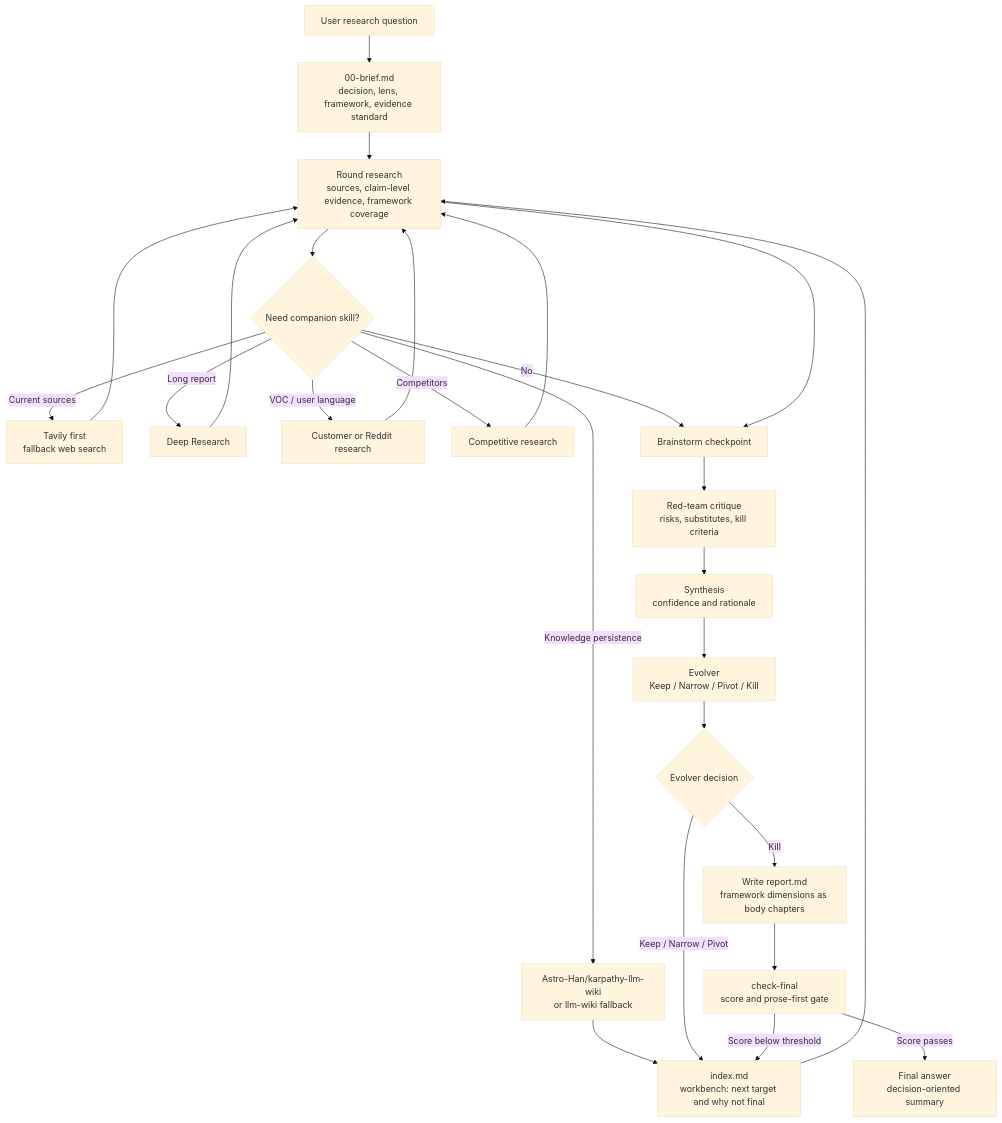
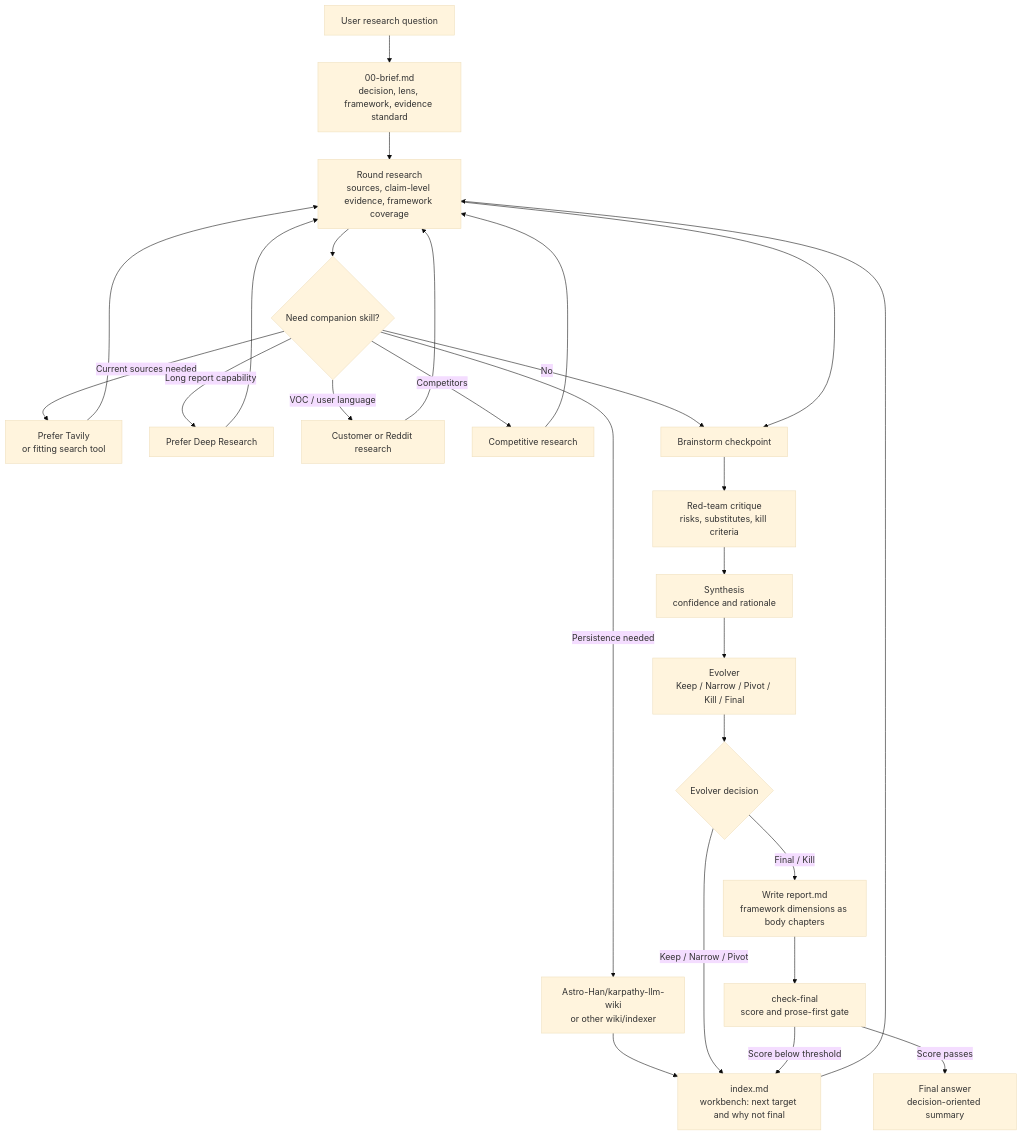
Before and after one commit to GoatGit/super-survey: the diagram in README.md, drawn with Mermaid (base theme). The commit also changed other lines of this file and 7 other files, not shown here.

````diff
--- a/README.md
+++ b/README.md
@@ -186,28 +190,28 @@
 ```mermaid
 flowchart TD
     A[User research question] --> B[00-brief.md<br/>decision, lens, framework, evidence standard]
     B --> C[Round research<br/>sources, claim-level evidence, framework coverage]
     C --> D{Need companion skill?}
-    D -->|Current sources| D1[Tavily first<br/>fallback web search]
-    D -->|Long report| D2[Deep Research]
+    D -->|Current sources needed| D1[Prefer Tavily<br/>or fitting search tool]
+    D -->|Long report capability| D2[Prefer Deep Research]
     D -->|VOC / user language| D3[Customer or Reddit research]
     D -->|Competitors| D4[Competitive research]
-    D -->|Knowledge persistence| D5[Astro-Han/karpathy-llm-wiki<br/>or llm-wiki fallback]
+    D -->|Persistence needed| D5[Astro-Han/karpathy-llm-wiki<br/>or other wiki/indexer]
     D -->|No| E[Brainstorm checkpoint]
     D1 --> C
     D2 --> C
     D3 --> C
     D4 --> C
     D5 --> I[index.md]
     C --> E[Brainstorm checkpoint]
     E --> F[Red-team critique<br/>risks, substitutes, kill criteria]
     F --> G[Synthesis<br/>confidence and rationale]
-    G --> H[Evolver<br/>Keep / Narrow / Pivot / Kill]
+    G --> H[Evolver<br/>Keep / Narrow / Pivot / Kill / Final]
     H --> Q{Evolver decision}
     Q -->|Keep / Narrow / Pivot| I[index.md<br/>workbench: next target and why not final]
     I --> C
-    Q -->|Kill| J[Write report.md<br/>framework dimensions as body chapters]
+    Q -->|Final / Kill| J[Write report.md<br/>framework dimensions as body chapters]
     J --> R[check-final<br/>score and prose-first gate]
     R -->|Score below threshold| I
     R -->|Score passes| K[Final answer<br/>decision-oriented summary]
 ```
````
